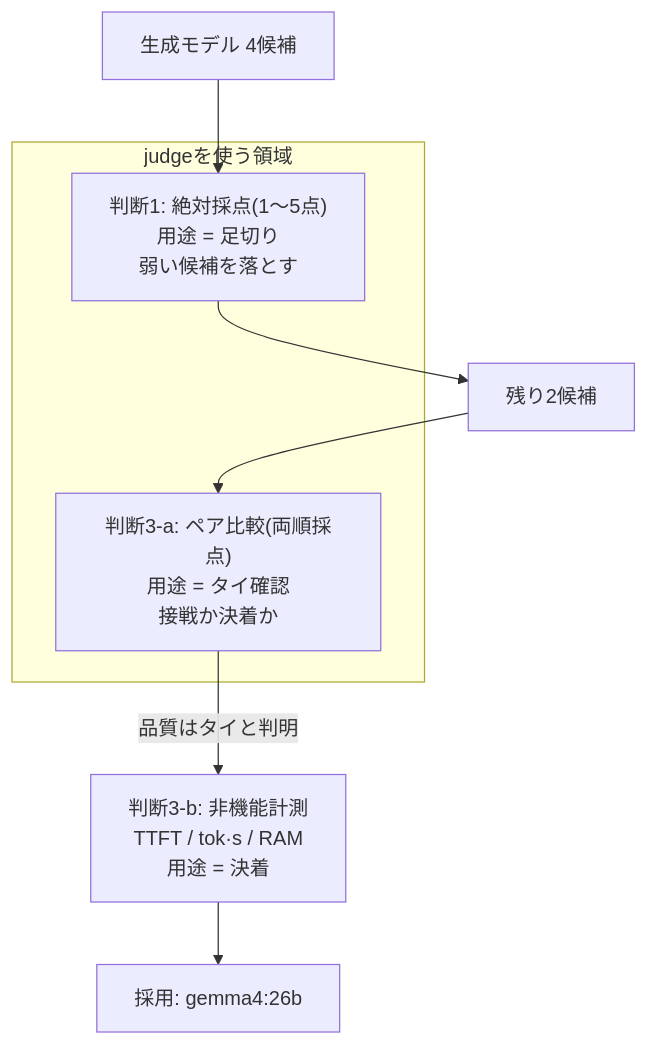
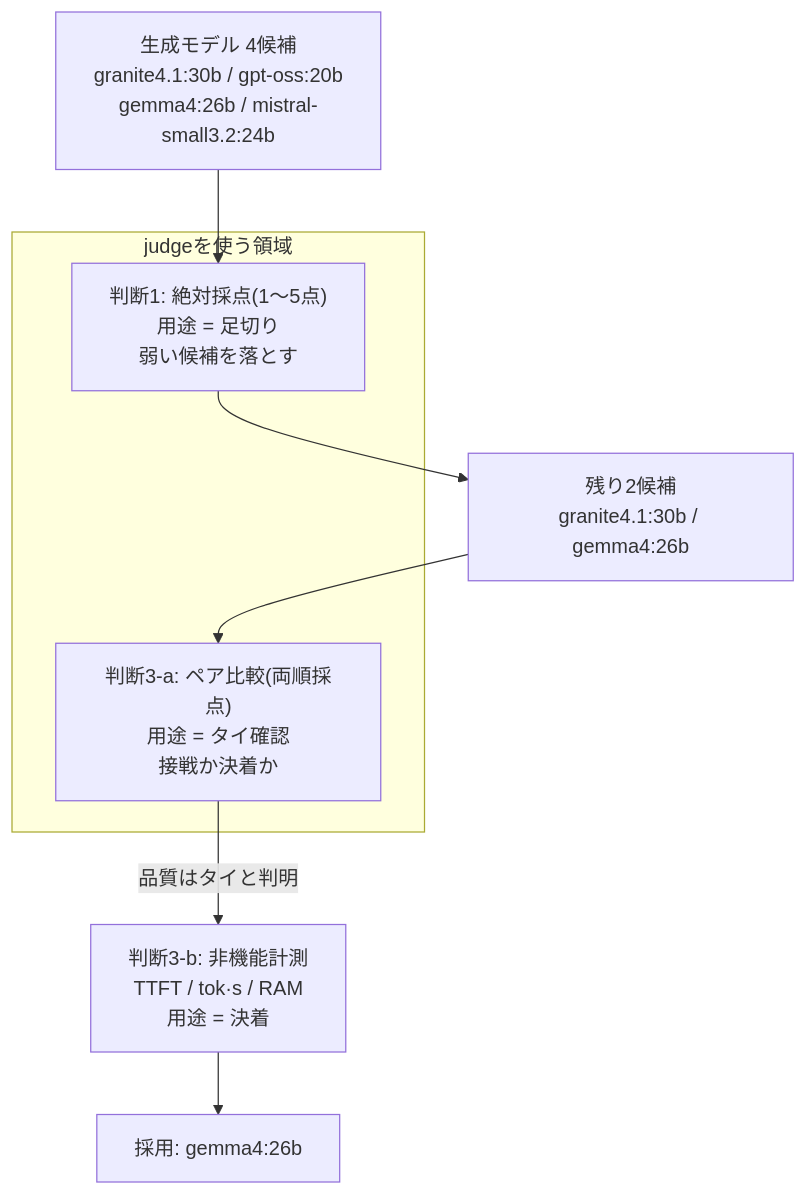
One commit to yuya0408/zenn-content changed the diagram in articles/llm-as-judge-rag.md. Above: the diagram before and after it, drawn with Mermaid.

Commit message:
llm-as-judge記事: マーメイド図に候補4モデル名を明記

````diff
--- a/articles/llm-as-judge-rag.md
+++ b/articles/llm-as-judge-rag.md
@@ -17,12 +17,12 @@
 ```mermaid
 flowchart TD
-    A["生成モデル 4候補"]
+    A["生成モデル 4候補<br/>granite4.1:30b / gpt-oss:20b<br/>gemma4:26b / mistral-small3.2:24b"]
     subgraph J["judgeを使う領域"]
         B["判断1: 絶対採点(1〜5点)<br/>用途 = 足切り<br/>弱い候補を落とす"]
         D["判断3-a: ペア比較(両順採点)<br/>用途 = タイ確認<br/>接戦か決着か"]
     end
     F["判断3-b: 非機能計測<br/>TTFT / tok·s / RAM<br/>用途 = 決着"]
-    A --> B --> C["残り2候補"] --> D
+    A --> B --> C["残り2候補<br/>granite4.1:30b / gemma4:26b"] --> D
     D -->|"品質はタイと判明"| F
     F --> G["採用: gemma4:26b"]
 ```
````
